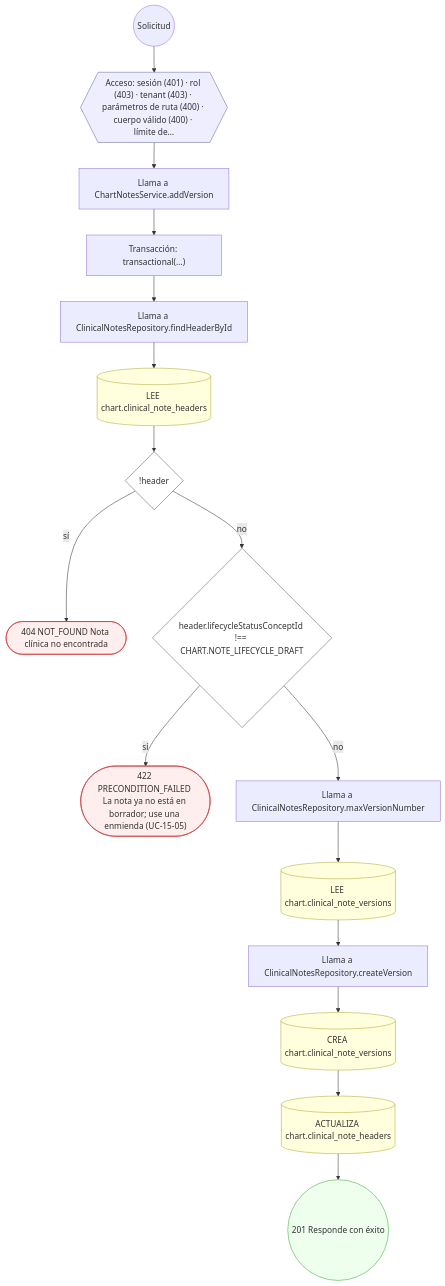
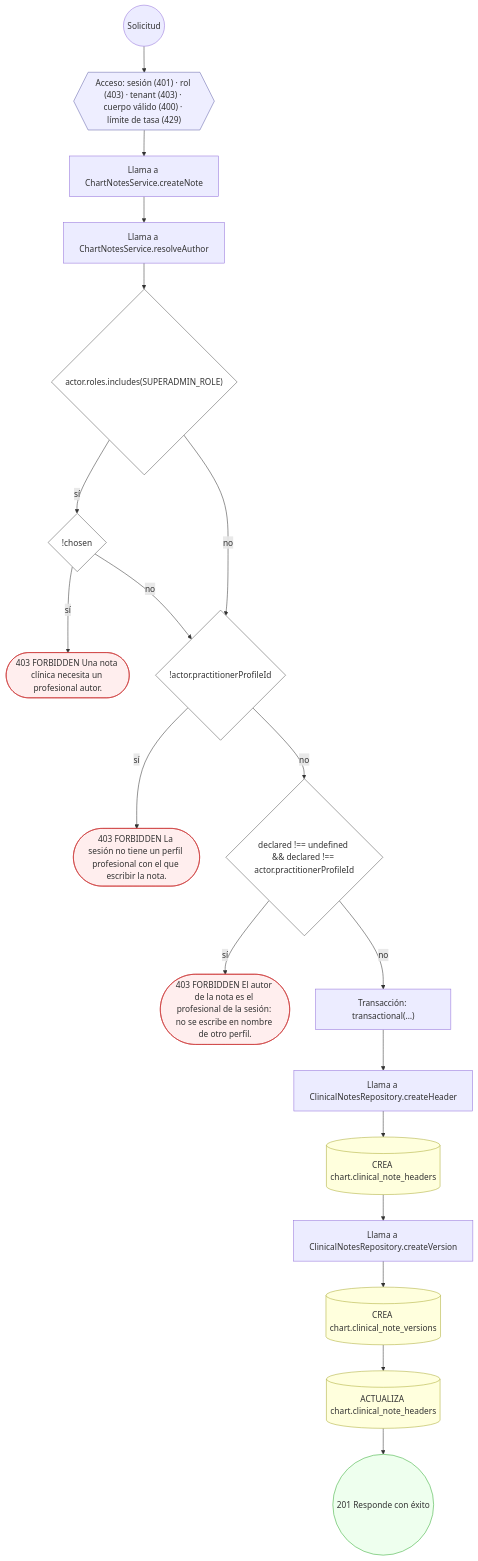
One commit to mdavila-2001/mantra-core-health-api changed diagram 12 of 23 in docs/inventario/flujos/chart.md. Above: the diagram before and after it, drawn with Mermaid. The commit also changed other lines of this file and 451 other files, not shown here.

````diff
--- a/docs/inventario/flujos/chart.md
+++ b/docs/inventario/flujos/chart.md
@@ -406,40 +1241,45 @@
 ```mermaid
 flowchart TD
   n1(("Solicitud")):::inicio
-  n2{{"Acceso: sesión (401) · rol (403) · tenant (403) · parámetros de ruta (400) · cuerpo válido (400) · límite de…"}}:::acceso
+  n2{{"Acceso: sesión (401) · rol (403) · tenant (403) · cuerpo válido (400) · límite de tasa (429)"}}:::acceso
   n1 --> n2
-  n3["Llama a ChartNotesService.addVersion"]:::llamada
+  n3["Llama a ChartNotesService.createNote"]:::llamada
   n2 --> n3
-  n4["Transacción: transactional(…)"]:::transaccion
+  n4["Llama a ChartNotesService.resolveAuthor"]:::llamada
   n3 --> n4
-  n5["Llama a ClinicalNotesRepository.findHeaderById"]:::llamada
+  n5{"actor.roles.includes(SUPERADMIN_ROLE)"}:::decision
   n4 --> n5
-  n6[("LEE chart.clinical_note_headers")]:::efecto
-  n5 --> n6
-  n7{"!header"}:::decision
-  n6 --> n7
-  n8(["404 NOT_FOUND Nota clínica no encontrada"]):::error
-  n7 -->|"sí"| n8
-  n9{"header.lifecycleStatusConceptId !== CHART.NOTE_LIFECYCLE_DRAFT"}:::decision
-  n7 -->|"no"| n9
-  n10(["422 PRECONDITION_FAILED La nota ya no está en borrador; use una enmienda (UC-15-05)"]):::error
-  n9 -->|"sí"| n10
-  n11["Llama a ClinicalNotesRepository.maxVersionNumber"]:::llamada
-  n9 -->|"no"| n11
-  n12[("LEE chart.clinical_note_versions")]:::efecto
-  n11 --> n12
-  n13["Llama a ClinicalNotesRepository.createVersion"]:::llamada
+  n6{"!chosen"}:::decision
+  n5 -->|"sí"| n6
+  n7(["403 FORBIDDEN Una nota clínica necesita un profesional autor."]):::error
+  n6 -->|"sí"| n7
+  n8{"!actor.practitionerProfileId"}:::decision
+  n6 -->|"no"| n8
+  n5 -->|"no"| n8
+  n9(["403 FORBIDDEN La sesión no tiene un perfil profesional con el que escribir la nota."]):::error
+  n8 -->|"sí"| n9
+  n10{"declared !== undefined && declared !== actor.practitionerProfileId"}:::decision
+  n8 -->|"no"| n10
+  n11(["403 FORBIDDEN El autor de la nota es el profesional de la sesión: no se escribe en nombre de otro perfil."]):::error
+  n10 -->|"sí"| n11
+  n12["Transacción: transactional(…)"]:::transaccion
+  n10 -->|"no"| n12
+  n13["Llama a ClinicalNotesRepository.createHeader"]:::llamada
   n12 --> n13
-  n14[("CREA chart.clinical_note_versions")]:::efecto
+  n14[("CREA chart.clinical_note_headers")]:::efecto
   n13 --> n14
-  n15[("ACTUALIZA chart.clinical_note_headers")]:::efecto
+  n15["Llama a ClinicalNotesRepository.createVersion"]:::llamada
   n14 --> n15
-  n16(("201 Responde con éxito")):::ok
+  n16[("CREA chart.clinical_note_versions")]:::efecto
   n15 --> n16
+  n17[("ACTUALIZA chart.clinical_note_headers")]:::efecto
+  n16 --> n17
+  n18(("201 Responde con éxito")):::ok
+  n17 --> n18
   classDef acceso fill:#eef,stroke:#66a
   classDef error fill:#fee,stroke:#c33
   classDef ok fill:#efe,stroke:#3a3
   classDef efecto fill:#ffd,stroke:#aa3
   classDef decision fill:#fff,stroke:#555
   classDef corte fill:#eee,stroke:#999,stroke-dasharray: 4
 ```
````
